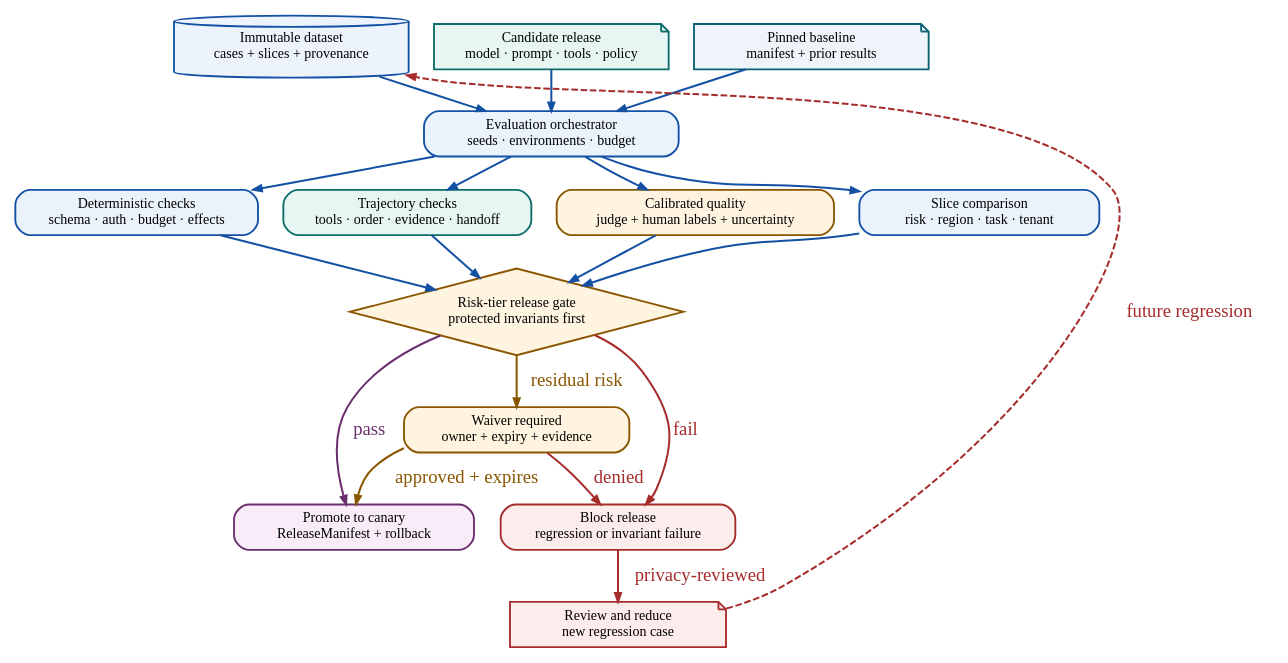
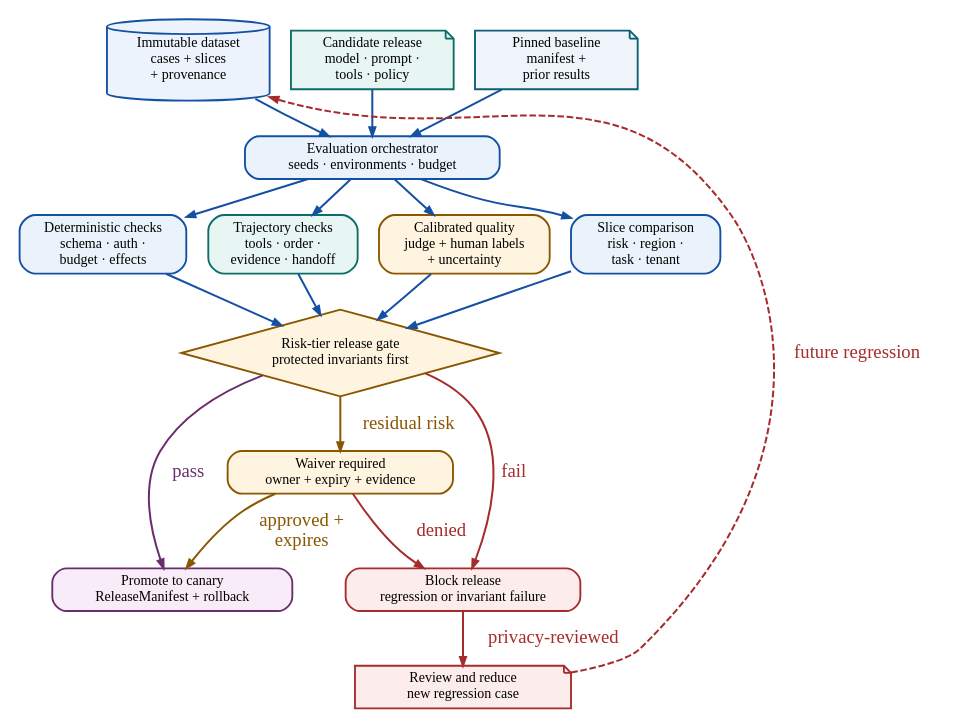
Before and after one commit to rrahimi-uci/building-enterprise-general-intelligence: the diagram in assets/diagrams/src/evaluation-gate.gv, drawn with Graphviz. The commit also changed 84 other files, not shown here.

First line of the commit message:
Fix print-scale figure, cover, and table layout defects (pass 2, P2-C)

```diff
--- a/assets/diagrams/src/evaluation-gate.gv
+++ b/assets/diagrams/src/evaluation-gate.gv
@@ -1,54 +1,54 @@
 // Figure 25-1 — Candidate evaluation and a risk-tiered release gate.
 // Message: an average score cannot outweigh a deterministic invariant or a
 // high-consequence slice regression; failures become reviewed future cases.
 digraph evaluation_gate {
   rankdir = TB
-  graph [ranksep=0.32, nodesep=0.26, compound=true]
+  graph [ranksep=0.36, nodesep=0.22, compound=true, pad=0.1]
   node [shape=box, style="filled,rounded", penwidth=1.4, fontsize=10.5,
-        margin="0.12,0.07", height=0.43, width=2.25]
+        margin="0.10,0.06", height=0.43, width=1.55]
   edge [arrowsize=0.65, penwidth=1.5, color="#1450A3"]
 
-  dataset   [label="Immutable dataset\ncases + slices + provenance", shape=cylinder,
-             style=filled, fillcolor="#EDF3FC", color="#1450A3", width=2.45]
-  candidate [label="Candidate release\nmodel · prompt · tools · policy", shape=note,
-             style=filled, fillcolor="#E7F5F3", color="#0D6E69", width=2.45]
-  baseline  [label="Pinned baseline\nmanifest + prior results", shape=note,
-             style=filled, fillcolor="#EEF4FA", color="#0B6076", width=2.45]
+  dataset   [label="Immutable dataset\ncases + slices\n+ provenance", shape=cylinder,
+             style=filled, fillcolor="#EDF3FC", color="#1450A3", width=1.7]
+  candidate [label="Candidate release\nmodel · prompt ·\ntools · policy", shape=note,
+             style=filled, fillcolor="#E7F5F3", color="#0D6E69", width=1.7]
+  baseline  [label="Pinned baseline\nmanifest +\nprior results", shape=note,
+             style=filled, fillcolor="#EEF4FA", color="#0B6076", width=1.7]
   run       [label="Evaluation orchestrator\nseeds · environments · budget", fillcolor="#EAF3FB", color="#1450A3", width=2.65]
 
-  contract  [label="Deterministic checks\nschema · auth · budget · effects", fillcolor="#EAF3FB", color="#1450A3", width=2.5]
-  trajectory [label="Trajectory checks\ntools · order · evidence · handoff", fillcolor="#E7F5F3", color="#0D6E69", width=2.5]
-  quality   [label="Calibrated quality\njudge + human labels + uncertainty", fillcolor="#FFF4DF", color="#8A5600", width=2.5]
-  slices    [label="Slice comparison\nrisk · region · task · tenant", fillcolor="#EAF3FB", color="#1450A3", width=2.5]
+  contract  [label="Deterministic checks\nschema · auth ·\nbudget · effects", fillcolor="#EAF3FB", color="#1450A3", width=1.55]
+  trajectory [label="Trajectory checks\ntools · order ·\nevidence · handoff", fillcolor="#E7F5F3", color="#0D6E69", width=1.55]
+  quality   [label="Calibrated quality\njudge + human labels\n+ uncertainty", fillcolor="#FFF4DF", color="#8A5600", width=1.55]
+  slices    [label="Slice comparison\nrisk · region ·\ntask · tenant", fillcolor="#EAF3FB", color="#1450A3", width=1.55]
 
   gate      [label="Risk-tier release gate\nprotected invariants first", shape=diamond,
              style=filled, fillcolor="#FFF4DF", color="#8A5600", width=2.8, height=0.9]
   promote   [label="Promote to canary\nReleaseManifest + rollback", fillcolor="#F7ECF8", color="#6A2E6E", width=2.5]
   waiver    [label="Waiver required\nowner + expiry + evidence", fillcolor="#FFF4DF", color="#8A5600", width=2.35]
   block     [label="Block release\nregression or invariant failure", fillcolor="#FCECEC", color="#A62C2C", width=2.45]
   case      [label="Review and reduce\nnew regression case", shape=note,
              style=filled, fillcolor="#FCECEC", color="#A62C2C", width=2.25]
 
   dataset -> run
   candidate -> run
   baseline -> run
   run -> contract
   run -> trajectory
   run -> quality
   run -> slices
   contract -> gate
   trajectory -> gate
   quality -> gate
   slices -> gate
-  gate -> promote [label="pass", color="#6A2E6E", fontcolor="#6A2E6E"]
-  gate -> waiver [label="residual risk", color="#8A5600", fontcolor="#8A5600"]
-  gate -> block [label="fail", color="#A62C2C", fontcolor="#A62C2C"]
-  waiver -> promote [label="approved + expires", color="#8A5600", fontcolor="#8A5600"]
-  waiver -> block [label="denied", color="#A62C2C", fontcolor="#A62C2C"]
-  block -> case [label="privacy-reviewed", color="#A62C2C", fontcolor="#A62C2C"]
+  gate -> promote [label=" pass ", color="#6A2E6E", fontcolor="#6A2E6E"]
+  gate -> waiver [label="  residual risk", color="#8A5600", fontcolor="#8A5600"]
+  gate -> block [label=" fail ", color="#A62C2C", fontcolor="#A62C2C"]
+  waiver -> promote [label=" approved +\n expires", color="#8A5600", fontcolor="#8A5600"]
+  waiver -> block [label="  denied", color="#A62C2C", fontcolor="#A62C2C"]
+  block -> case [label="  privacy-reviewed", color="#A62C2C", fontcolor="#A62C2C"]
   case -> dataset [label="future regression", style=dashed, color="#A62C2C",
                    fontcolor="#A62C2C", constraint=false]
 
   { rank=same; dataset; candidate; baseline }
   { rank=same; contract; trajectory; quality; slices }
 }
```
